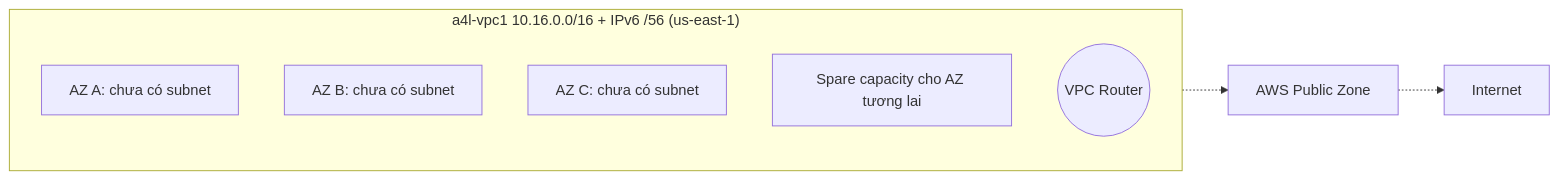
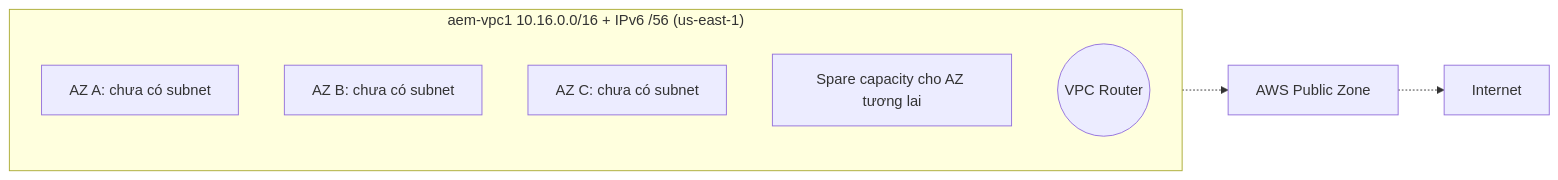
One commit to hairbui76/aws-saa-c03 changed the diagram in data/06 VPC Basics/Custom VPC.md. Above: the diagram before and after it, drawn with Mermaid. The commit also changed other lines of this file and 30 other files, not shown here.

````diff
--- a/data/06 VPC Basics/Custom VPC.md
+++ b/data/06 VPC Basics/Custom VPC.md
@@ -54,11 +57,11 @@
 ```mermaid
 flowchart LR
-  subgraph VPC["a4l-vpc1 10.16.0.0/16 + IPv6 /56 (us-east-1)"]
+  subgraph VPC["aem-vpc1 10.16.0.0/16 + IPv6 /56 (us-east-1)"]
     A["AZ A: chưa có subnet"]
     B["AZ B: chưa có subnet"]
     C["AZ C: chưa có subnet"]
     S["Spare capacity cho AZ tương lai"]
     R(("VPC Router"))
   end
   VPC -.-> P["AWS Public Zone"] -.-> I["Internet"]
 ```
````
